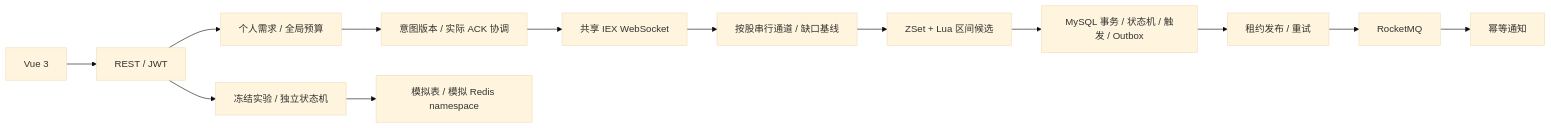
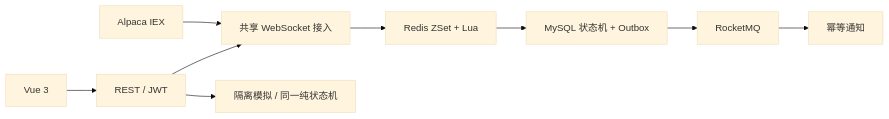
The diagram in README.md (originalEzra/PricePulse), drawn with Mermaid (base theme) before and after one commit. The commit also changed other lines of this file and 32 other files, not shown here.

````diff
--- a/README.md
+++ b/README.md
@@ -31,15 +47,11 @@
 ```mermaid
 flowchart LR
     UI[Vue 3] --> API[REST / JWT]
-    API --> SUB[个人需求 / 全局预算]
-    SUB --> ACK[意图版本 / 实际 ACK 协调]
-    ACK --> WS[共享 IEX WebSocket]
-    WS --> LANE[按股串行通道 / 缺口基线]
-    LANE --> INDEX[ZSet + Lua 区间候选]
-    INDEX --> TX[MySQL 事务 / 状态机 / 触发 / Outbox]
-    TX --> PUB[租约发布 / 重试]
-    PUB --> MQ[RocketMQ]
-    MQ --> NOTICE[幂等通知]
-    API --> SIM[冻结实验 / 独立状态机]
-    SIM --> SIMDB[模拟表 / 模拟 Redis namespace]
+    API --> Feed[共享 WebSocket 接入]
+    Alpaca[Alpaca IEX] --> Feed
+    Feed --> Index[Redis ZSet + Lua]
+    Index --> TX[MySQL 状态机 + Outbox]
+    TX --> MQ[RocketMQ]
+    MQ --> Notify[幂等通知]
+    API --> Sim[隔离模拟 / 同一纯状态机]
 ```
````
